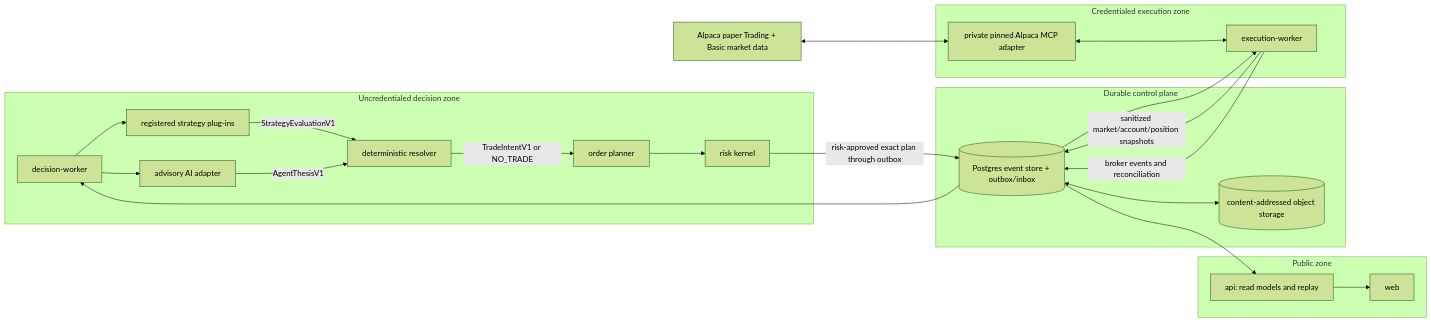
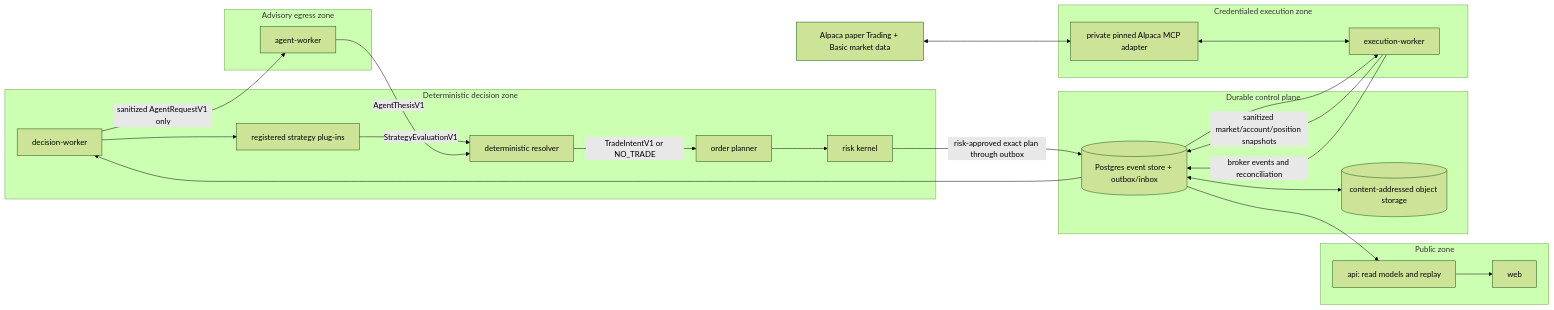
Before and after one commit to lipengyuan1994/alpaca-hackathon: the diagram in docs/architecture/SYSTEM_ARCHITECTURE.md, drawn with Mermaid (forest theme). The commit also changed other lines of this file and 34 other files, not shown here.

````diff
--- a/docs/architecture/SYSTEM_ARCHITECTURE.md
+++ b/docs/architecture/SYSTEM_ARCHITECTURE.md
@@ -43,45 +44,48 @@
 ```mermaid
 flowchart LR
     subgraph Public[Public zone]
         WEB[web]
         API[api: read models and replay]
     end
 
-    subgraph Decision[Uncredentialed decision zone]
+    subgraph Decision[Deterministic decision zone]
         DW[decision-worker]
         PLUG[registered strategy plug-ins]
-        AGENT[advisory AI adapter]
         RESOLVE[deterministic resolver]
         PLAN[order planner]
         RISK[risk kernel]
+    end
+
+    subgraph Advisory[Advisory egress zone]
+        AGENT[agent-worker]
     end
 
     subgraph Data[Durable control plane]
         PG[(Postgres event store + outbox/inbox)]
         OBJ[(content-addressed object storage)]
     end
 
     subgraph Execution[Credentialed execution zone]
         EW[execution-worker]
         MCP[private pinned Alpaca MCP adapter]
     end
 
     ALPACA[Alpaca paper Trading + Basic market data]
 
     ALPACA <--> MCP
     MCP <--> EW
     EW -->|sanitized market/account/position snapshots| PG
     PG --> DW
     DW --> PLUG
-    DW --> AGENT
+    DW -->|sanitized AgentRequestV1 only| AGENT
     PLUG -->|StrategyEvaluationV1| RESOLVE
     AGENT -->|AgentThesisV1| RESOLVE
     RESOLVE -->|TradeIntentV1 or NO_TRADE| PLAN
     PLAN --> RISK
     RISK -->|risk-approved exact plan through outbox| PG
     PG --> EW
     EW -->|broker events and reconciliation| PG
     PG --> API
     API --> WEB
     PG <--> OBJ
 ```
````
